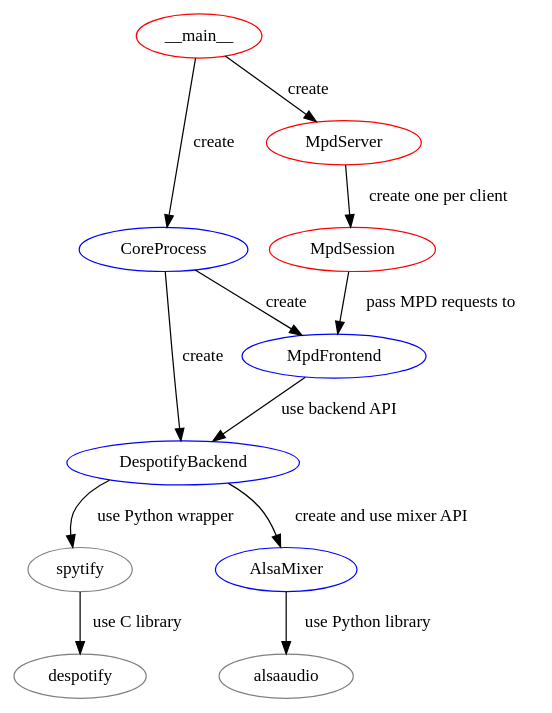
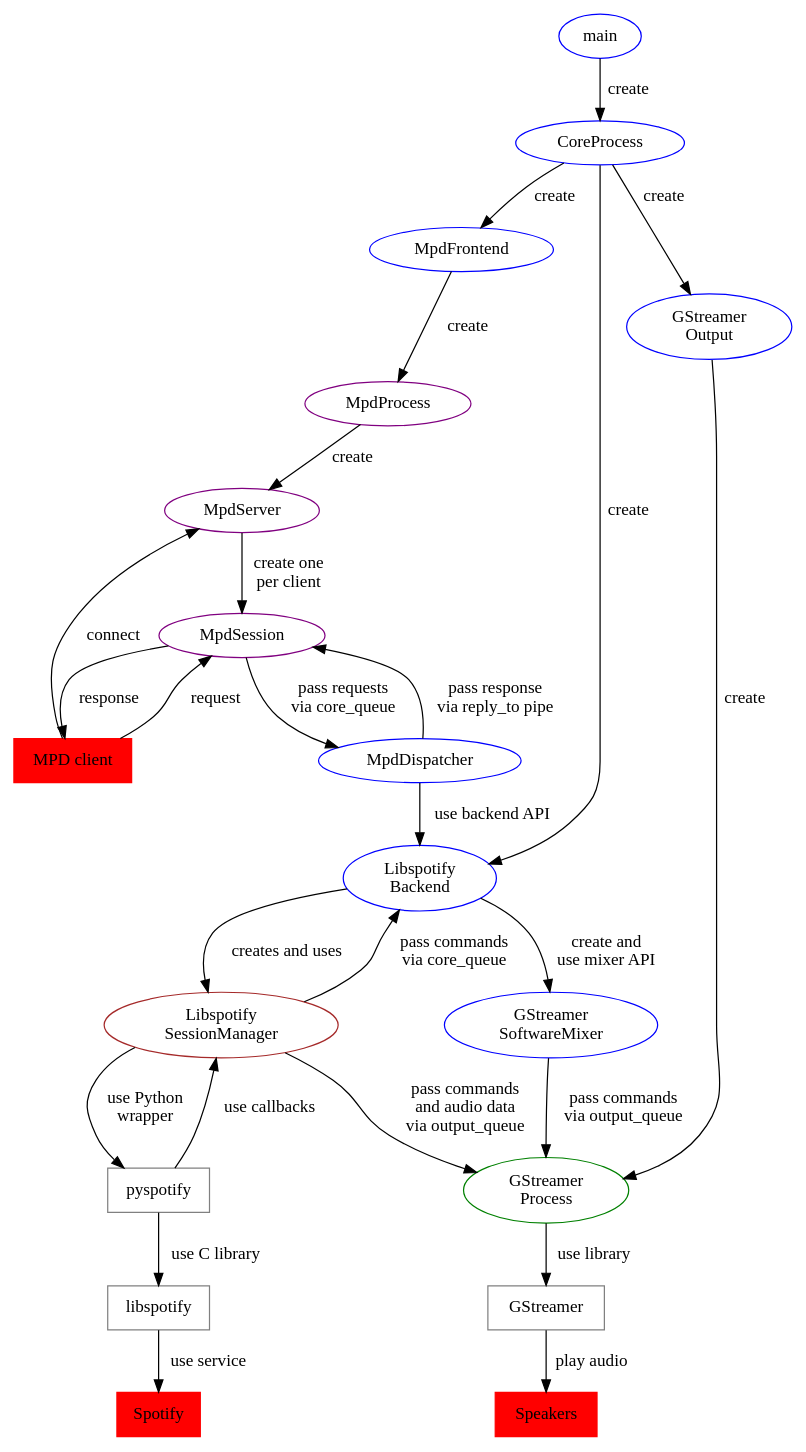
One commit to mopidy/mopidy changed the diagram in docs/development/internals.rst. Above: the diagram before and after it, drawn with Graphviz. The commit also changed other lines of this file, not shown here.

Commit message:
Update class instantiation/usage graph

```diff
--- a/docs/development/internals.rst
+++ b/docs/development/internals.rst
@@ -21,23 +29,65 @@
 .. digraph:: class_instantiation_and_usage
 
-    "spytify" [ color="gray" ]
-    "despotify" [ color="gray" ]
-    "alsaaudio" [ color="gray" ]
-    "__main__" [ color="red" ]
+    "main" [ color="blue" ]
     "CoreProcess" [ color="blue" ]
-    "DespotifyBackend" [ color="blue" ]
-    "AlsaMixer" [ color="blue" ]
+
+    # Frontend
+    "MPD client" [ color="red", style="filled", shape="box" ]
     "MpdFrontend" [ color="blue" ]
-    "MpdServer" [ color="red" ]
-    "MpdSession" [ color="red" ]
-    "__main__" -> "CoreProcess" [ label="create" ]
-    "__main__" -> "MpdServer" [ label="create" ]
-    "CoreProcess" -> "DespotifyBackend" [ label="create" ]
+    "MpdProcess" [ color="purple" ]
+    "MpdServer" [ color="purple" ]
+    "MpdSession" [ color="purple" ]
+    "MpdDispatcher" [ color="blue" ]
+
+    # Backend
+    "Libspotify\nBackend" [ color="blue" ]
+    "Libspotify\nSessionManager" [ color="brown" ]
+    "pyspotify" [ color="gray", shape="box" ]
+    "libspotify" [ color="gray", shape="box" ]
+    "Spotify" [ color="red", style="filled", shape="box" ]
+
+    # Output/mixer
+    "GStreamer\nOutput" [ color="blue" ]
+    "GStreamer\nSoftwareMixer" [ color="blue" ]
+    "GStreamer\nProcess" [ color="green" ]
+    "GStreamer" [ color="gray", shape="box" ]
+    "Speakers" [ color="red", style="filled", shape="box" ]
+
+    "main" -> "CoreProcess" [ label="create" ]
+
+    # Frontend
     "CoreProcess" -> "MpdFrontend" [ label="create" ]
-    "MpdServer" -> "MpdSession" [ label="create one per client" ]
-    "MpdSession" -> "MpdFrontend" [ label="pass MPD requests to" ]
-    "MpdFrontend" -> "DespotifyBackend" [ label="use backend API" ]
-    "DespotifyBackend" -> "AlsaMixer" [ label="create and use mixer API" ]
-    "DespotifyBackend" -> "spytify" [ label="use Python wrapper" ]
-    "spytify" -> "despotify" [ label="use C library" ]
-    "AlsaMixer" -> "alsaaudio" [ label="use Python library" ]
+    "MpdFrontend" -> "MpdProcess" [ label="create" ]
+    "MpdProcess" -> "MpdServer" [ label="create" ]
+    "MpdServer" -> "MpdSession" [ label="create one\nper client" ]
+    "MpdSession" -> "MpdDispatcher" [
+        label="pass requests\nvia core_queue" ]
+    "MpdDispatcher" -> "MpdSession" [
+        label="pass response\nvia reply_to pipe" ]
+    "MpdDispatcher" -> "Libspotify\nBackend" [ label="use backend API" ]
+    "MPD client" -> "MpdServer" [ label="connect" ]
+    "MPD client" -> "MpdSession" [ label="request" ]
+    "MpdSession" -> "MPD client" [ label="response" ]
+
+    # Backend
+    "CoreProcess" -> "Libspotify\nBackend" [ label="create" ]
+    "Libspotify\nBackend" -> "Libspotify\nSessionManager" [
+        label="creates and uses" ]
+    "Libspotify\nSessionManager" -> "Libspotify\nBackend" [
+        label="pass commands\nvia core_queue" ]
+    "Libspotify\nSessionManager" -> "pyspotify" [ label="use Python\nwrapper" ]
+    "pyspotify" -> "Libspotify\nSessionManager" [ label="use callbacks" ]
+    "pyspotify" -> "libspotify" [ label="use C library" ]
+    "libspotify" -> "Spotify" [ label="use service" ]
+    "Libspotify\nSessionManager" -> "GStreamer\nProcess" [
+        label="pass commands\nand audio data\nvia output_queue" ]
+
+    # Output/mixer
+    "Libspotify\nBackend" -> "GStreamer\nSoftwareMixer" [
+        label="create and\nuse mixer API" ]
+    "GStreamer\nSoftwareMixer" -> "GStreamer\nProcess" [
+        label="pass commands\nvia output_queue" ]
+    "CoreProcess" -> "GStreamer\nOutput" [ label="create" ]
+    "GStreamer\nOutput" -> "GStreamer\nProcess" [ label="create" ]
+    "GStreamer\nProcess" -> "GStreamer" [ label="use library" ]
+    "GStreamer" -> "Speakers" [ label="play audio" ]
```
